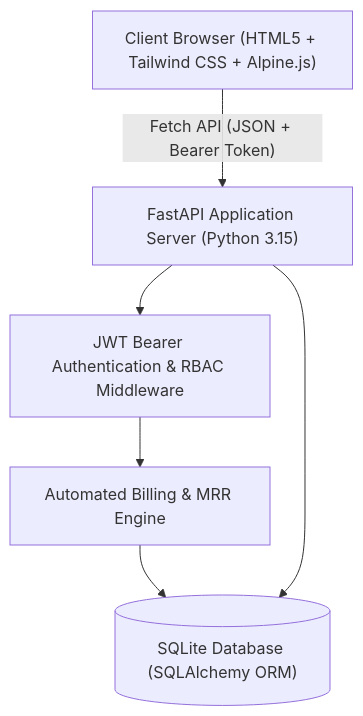
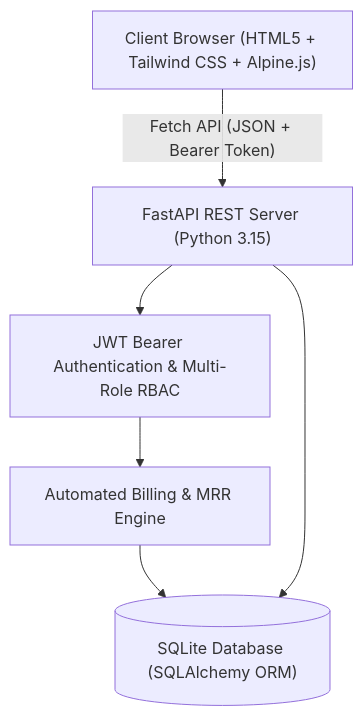
One commit to betzalfaber/Odoo-hackathon- changed the first of 2 diagrams in README.md. Above: the diagram before and after it, drawn with Mermaid. The commit also changed other lines of this file and 37 other files, not shown here.

````diff
--- a/README.md
+++ b/README.md
@@ -9,14 +11,14 @@
 ```mermaid
 graph TD
     Client["Client Browser (HTML5 + Tailwind CSS + Alpine.js)"]
-    API["FastAPI Application Server (Python 3.15)"]
-    Auth["JWT Bearer Authentication & RBAC Middleware"]
+    API["FastAPI REST Server (Python 3.15)"]
+    Auth["JWT Bearer Authentication & Multi-Role RBAC"]
     Engine["Automated Billing & MRR Engine"]
     DB[("SQLite Database (SQLAlchemy ORM)")]
 
     Client -- "Fetch API (JSON + Bearer Token)" --> API
     API --> Auth
     Auth --> Engine
     Engine --> DB
     API --> DB
 ```
````
